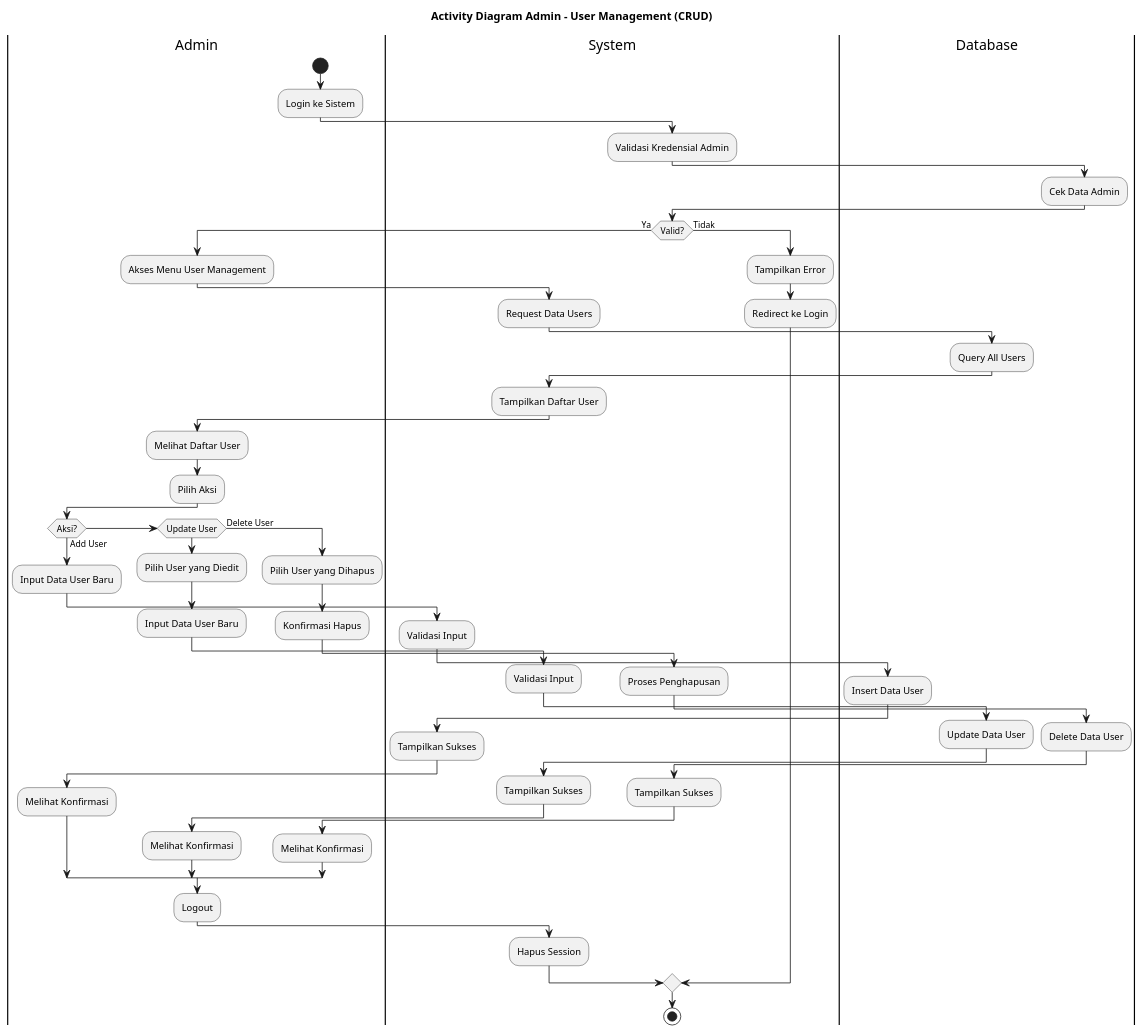
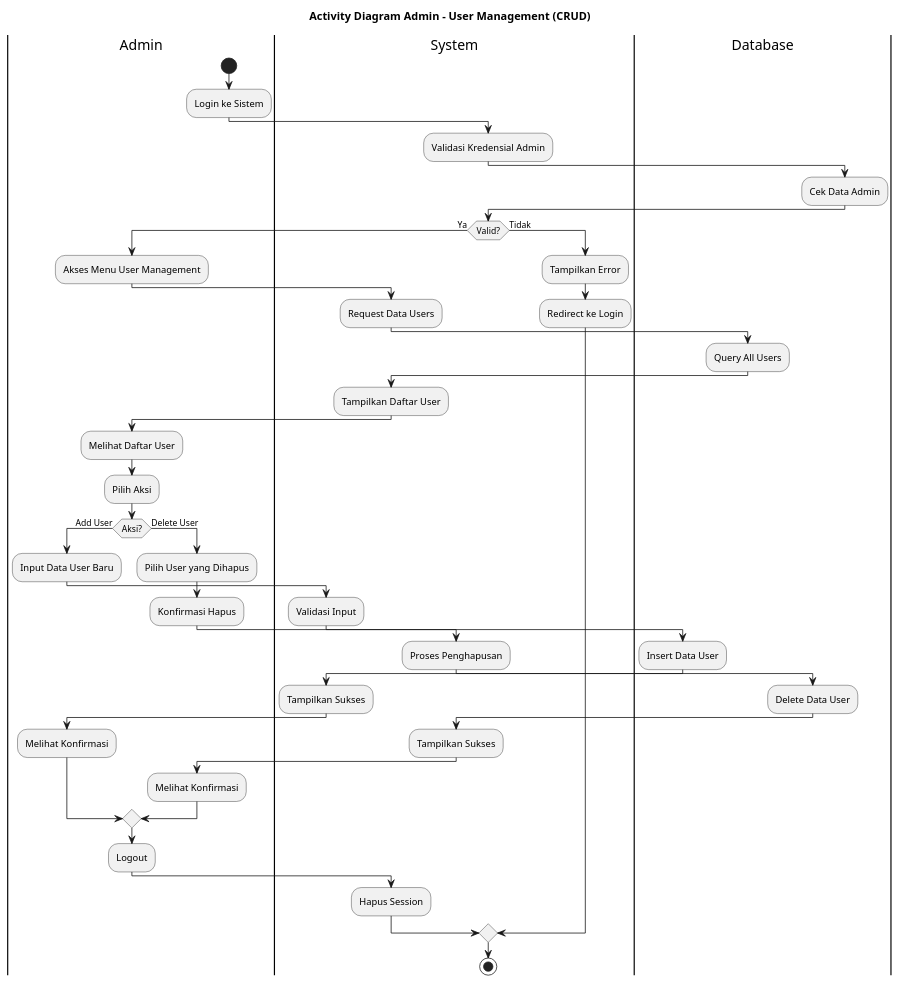
Before and after one commit to A-PPAW-TI503P-2025/PROJECT_KELOMPOK4_CAHAYA: the diagram in activity_diagram_admin_user_management.puml, drawn with PlantUML. The commit also changed 1 other file, not shown here.

Commit message:
Menghapus use case "Update User" dari diagram aktivitas manajemen pengguna untuk admin

```diff
--- a/activity_diagram_admin_user_management.puml
+++ b/activity_diagram_admin_user_management.puml
@@ -1,99 +1,82 @@
 @startuml
 title Activity Diagram Admin - User Management (CRUD)
 
 |Admin|
 start
 
 :Login ke Sistem;
 
 |System|
 :Validasi Kredensial Admin;
 
 |Database|
 :Cek Data Admin;
 
 |System|
 if (Valid?) then (Ya)
     |Admin|
     :Akses Menu User Management;
     
     |System|
     :Request Data Users;
     
     |Database|
     :Query All Users;
     
     |System|
     :Tampilkan Daftar User;
     
     |Admin|
     :Melihat Daftar User;
     :Pilih Aksi;
     
     if (Aksi?) then (Add User)
         |Admin|
         :Input Data User Baru;
         
         |System|
         :Validasi Input;
         
         |Database|
         :Insert Data User;
         
         |System|
         :Tampilkan Sukses;
         
         |Admin|
         :Melihat Konfirmasi;
         
-    else if (Update User) then
-        |Admin|
-        :Pilih User yang Diedit;
-        :Input Data User Baru;
-        
-        |System|
-        :Validasi Input;
-        
-        |Database|
-        :Update Data User;
-        
-        |System|
-        :Tampilkan Sukses;
-        
-        |Admin|
-        :Melihat Konfirmasi;
-        
     else (Delete User)
         |Admin|
         :Pilih User yang Dihapus;
         :Konfirmasi Hapus;
         
         |System|
         :Proses Penghapusan;
         
         |Database|
         :Delete Data User;
         
         |System|
         :Tampilkan Sukses;
         
         |Admin|
         :Melihat Konfirmasi;
         
     endif
     
     |Admin|
     :Logout;
     
     |System|
     :Hapus Session;
     
 else (Tidak)
     |System|
     :Tampilkan Error;
     :Redirect ke Login;
 endif
 
 stop
 
 @enduml
```
